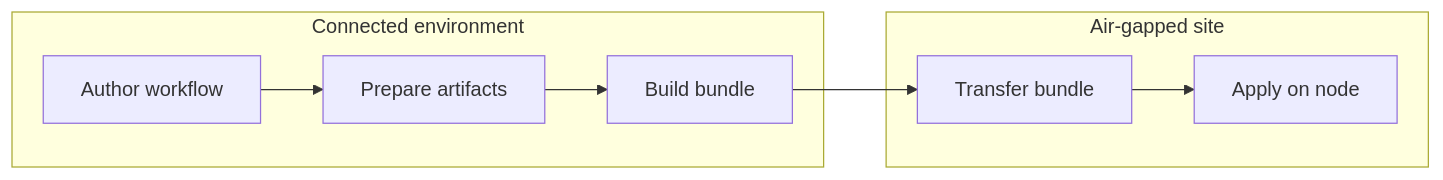
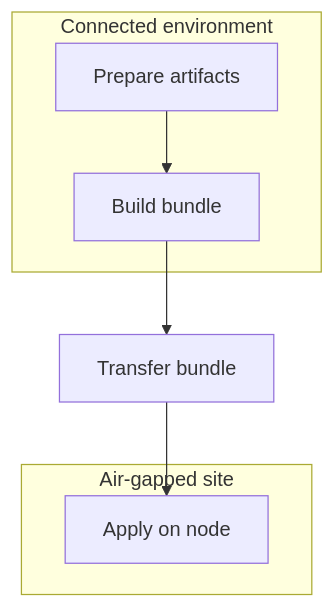
The first of 2 diagrams in docs/concepts/architecture.md (taedi90/deck), drawn with Mermaid before and after one commit. The commit also changed other lines of this file, not shown here.

Commit message:
clarify architecture flow boundaries

````diff
--- a/docs/concepts/architecture.md
+++ b/docs/concepts/architecture.md
@@ -54,11 +53,13 @@
 ```mermaid
-flowchart LR
+flowchart TD
     subgraph Online[Connected environment]
-        A[Author workflow] --> B[Prepare artifacts]
-        B --> C[Build bundle]
+        A[Prepare artifacts]
+        B[Build bundle]
+        A --> B
     end
-    C --> D[Transfer bundle]
+    B --> C[Transfer bundle]
     subgraph Offline[Air-gapped site]
-        D --> E[Apply on node]
+        D[Apply on node]
     end
+    C --> D
 ```
````
